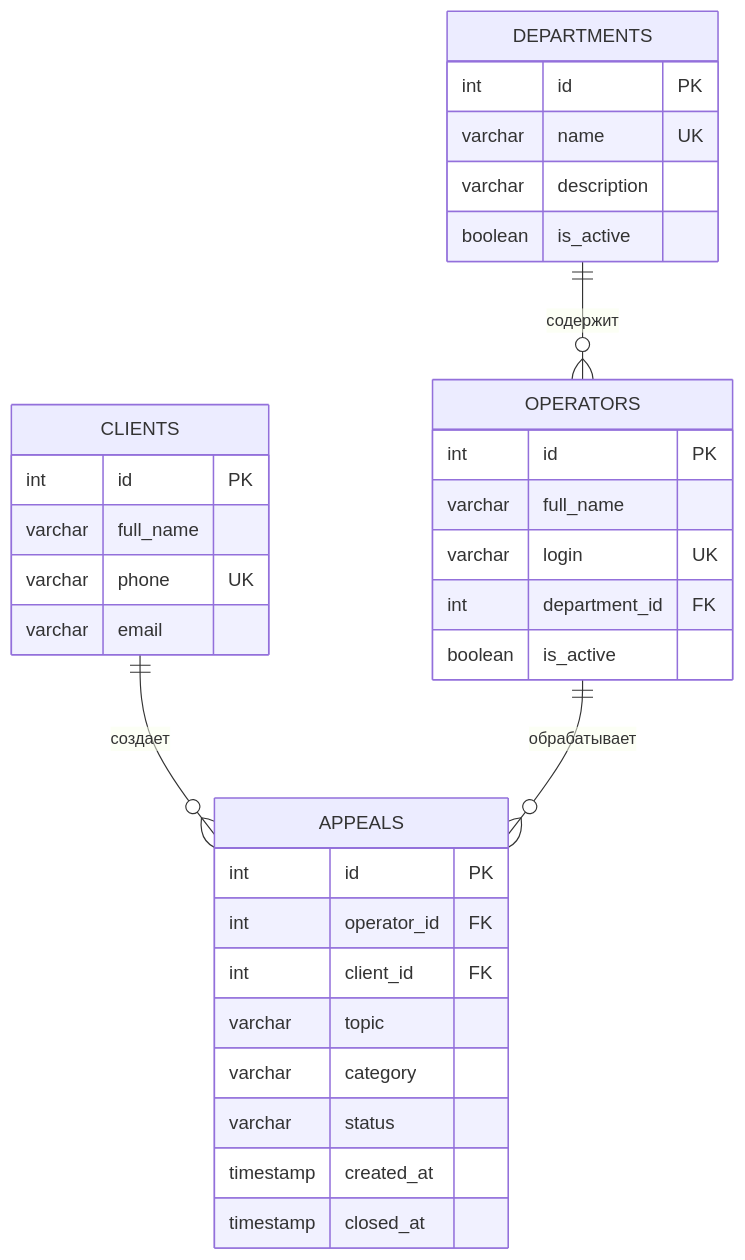
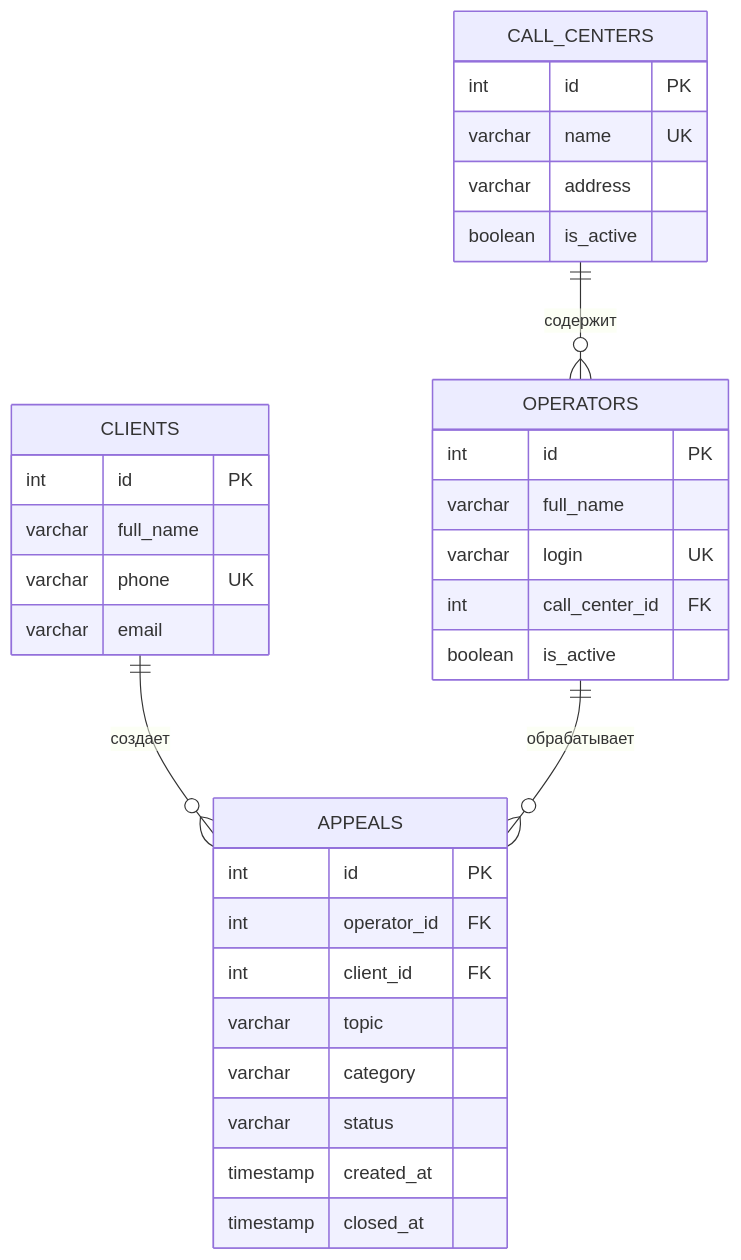
Before and after one commit to nizi52/ru_Mirea_call-center: the diagram in README.md, drawn with Mermaid. The commit also changed other lines of this file and 44 other files, not shown here.

Commit message:
Add separate windows for clients, operators and call centers

````diff
--- a/README.md
+++ b/README.md
@@ -81,35 +92,35 @@
 ```mermaid
 erDiagram
-    DEPARTMENTS ||--o{ OPERATORS : "содержит"
+    CALL_CENTERS ||--o{ OPERATORS : "содержит"
     CLIENTS ||--o{ APPEALS : "создает"
     OPERATORS ||--o{ APPEALS : "обрабатывает"
-    DEPARTMENTS {
+    CALL_CENTERS {
         int id PK
         varchar name UK
-        varchar description
+        varchar address
         boolean is_active
     }
     OPERATORS {
         int id PK
         varchar full_name
         varchar login UK
-        int department_id FK
+        int call_center_id FK
         boolean is_active
     }
     CLIENTS {
         int id PK
         varchar full_name
         varchar phone UK
         varchar email
     }
     APPEALS {
         int id PK
         int operator_id FK
         int client_id FK
         varchar topic
         varchar category
         varchar status
         timestamp created_at
         timestamp closed_at
     }
 ```
````
